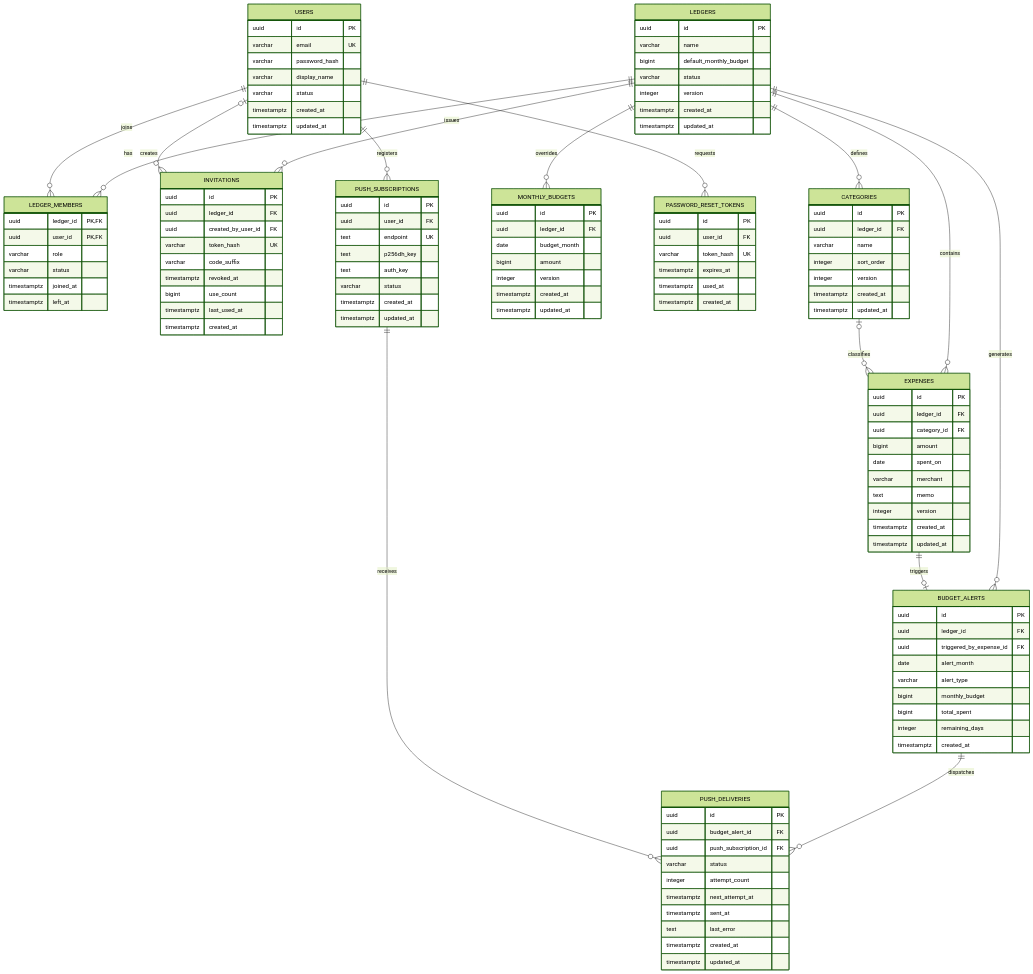
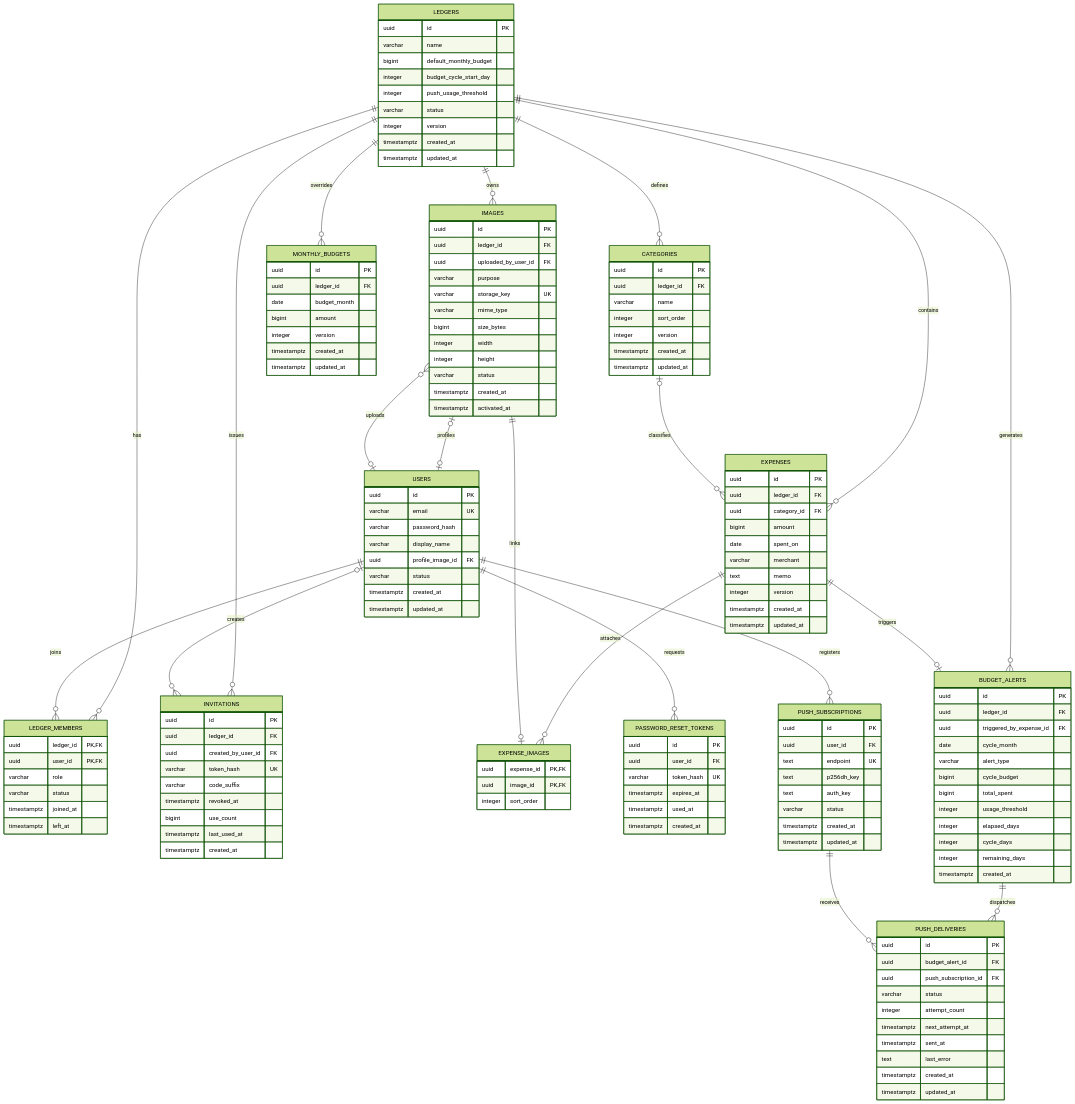
The diagram in docs/erd.md (powerfulHimchan/MealBudgetDiet), drawn with Mermaid (forest theme) before and after one commit. The commit also changed other lines of this file and 3 other files, not shown here.

```diff
--- a/docs/erd.md
+++ b/docs/erd.md
@@ -15,6 +15,11 @@
     LEDGERS ||--o{ CATEGORIES : defines
     LEDGERS ||--o{ EXPENSES : contains
     CATEGORIES o|--o{ EXPENSES : classifies
+    LEDGERS ||--o{ IMAGES : owns
+    USERS o|--o{ IMAGES : uploads
+    IMAGES o|--o| USERS : profiles
+    EXPENSES ||--o{ EXPENSE_IMAGES : attaches
+    IMAGES ||--o| EXPENSE_IMAGES : links
     LEDGERS ||--o{ MONTHLY_BUDGETS : overrides
     USERS ||--o{ PASSWORD_RESET_TOKENS : requests
     USERS ||--o{ PUSH_SUBSCRIPTIONS : registers
@@ -27,6 +32,8 @@
         uuid id PK
         varchar name
         bigint default_monthly_budget
+        integer budget_cycle_start_day
+        integer push_usage_threshold
         varchar status
         integer version
         timestamptz created_at
@@ -38,6 +45,7 @@
         varchar email UK
         varchar password_hash
         varchar display_name
+        uuid profile_image_id FK
         varchar status
         timestamptz created_at
         timestamptz updated_at
@@ -87,6 +95,27 @@
         timestamptz updated_at
     }
 
+    IMAGES {
+        uuid id PK
+        uuid ledger_id FK
+        uuid uploaded_by_user_id FK
+        varchar purpose
+        varchar storage_key UK
+        varchar mime_type
+        bigint size_bytes
+        integer width
+        integer height
+        varchar status
+        timestamptz created_at
+        timestamptz activated_at
+    }
+
+    EXPENSE_IMAGES {
+        uuid expense_id PK,FK
+        uuid image_id PK,FK
+        integer sort_order
+    }
+
     MONTHLY_BUDGETS {
         uuid id PK
         uuid ledger_id FK
@@ -121,10 +150,13 @@
         uuid id PK
         uuid ledger_id FK
         uuid triggered_by_expense_id FK
-        date alert_month
+        date cycle_month
         varchar alert_type
-        bigint monthly_budget
+        bigint cycle_budget
         bigint total_spent
+        integer usage_threshold
+        integer elapsed_days
+        integer cycle_days
         integer remaining_days
         timestamptz created_at
     }
```
